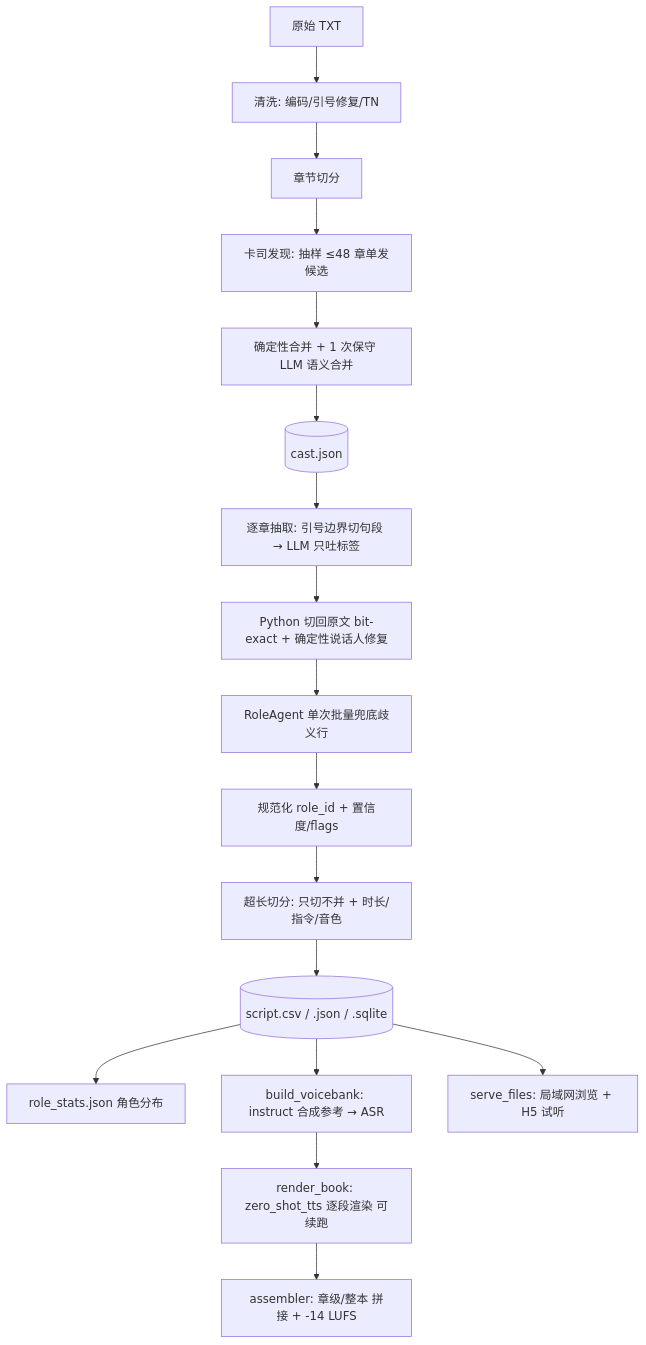
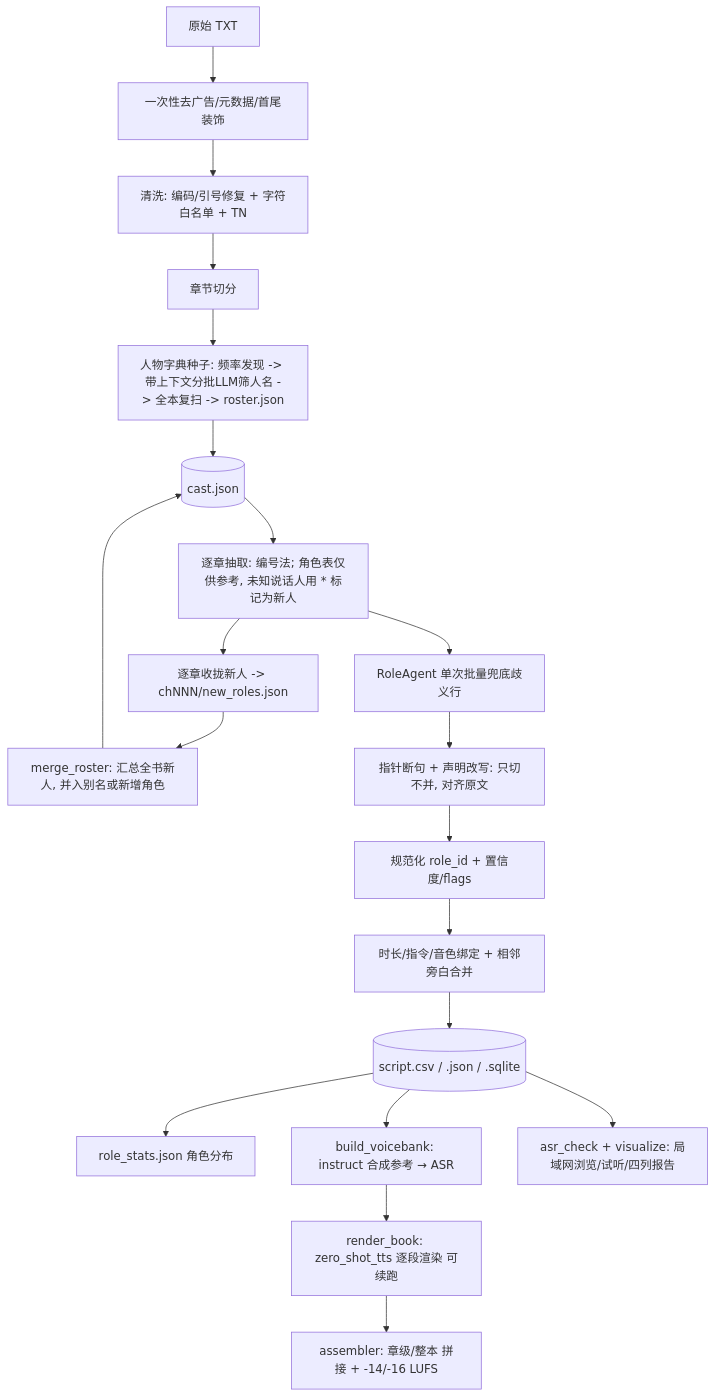
Before and after one commit to a2heng/aabook: the diagram in docs/audiobook-workflow.md, drawn with Mermaid. The commit also changed other lines of this file and 26 other files, not shown here.

First line of the commit message:
audiobook: end-to-end driver, context roster, new-role merge, TTS filter, cleanup

````diff
--- a/docs/audiobook-workflow.md
+++ b/docs/audiobook-workflow.md
@@ -29,19 +33,22 @@
 ```mermaid
 flowchart TD
-    A[原始 TXT] --> B[清洗: 编码/引号修复/TN]
+    A[原始 TXT] --> A1[一次性去广告/元数据/首尾装饰]
+    A1 --> B[清洗: 编码/引号修复 + 字符白名单 + TN]
     B --> C[章节切分]
-    C --> D[卡司发现: 抽样 ≤48 章单发候选]
-    D --> E[确定性合并 + 1 次保守 LLM 语义合并]
-    E --> F[(cast.json)]
-    F --> G[逐章抽取: 引号边界切句段 → LLM 只吐标签]
-    G --> H[Python 切回原文 bit-exact + 确定性说话人修复]
-    H --> I[RoleAgent 单次批量兜底歧义行]
+    C --> P[人物字典种子: 频率发现 -> 带上下文分批LLM筛人名 -> 全本复扫 -> roster.json]
+    P --> P1[(cast.json)]
+    P1 --> G[逐章抽取: 编号法; 角色表仅供参考, 未知说话人用 * 标记为新人]
+    G --> G1[逐章收拢新人 -> chNNN/new_roles.json]
+    G1 --> G2[merge_roster: 汇总全书新人, 并入别名或新增角色]
+    G2 --> P1
+    G --> H[RoleAgent 单次批量兜底歧义行]
+    H --> I[指针断句 + 声明改写: 只切不并, 对齐原文]
     I --> J[规范化 role_id + 置信度/flags]
-    J --> K[超长切分: 只切不并 + 时长/指令/音色]
+    J --> K[时长/指令/音色绑定 + 相邻旁白合并]
     K --> L[(script.csv / .json / .sqlite)]
     L --> M[role_stats.json 角色分布]
     L --> N[build_voicebank: instruct 合成参考 → ASR]
     N --> O[render_book: zero_shot_tts 逐段渲染 可续跑]
-    O --> P[assembler: 章级/整本 拼接 + -14 LUFS]
-    L --> Q[serve_files: 局域网浏览 + H5 试听]
+    O --> P2[assembler: 章级/整本 拼接 + -14/-16 LUFS]
+    L --> Q[asr_check + visualize: 局域网浏览/试听/四列报告]
 ```
````
